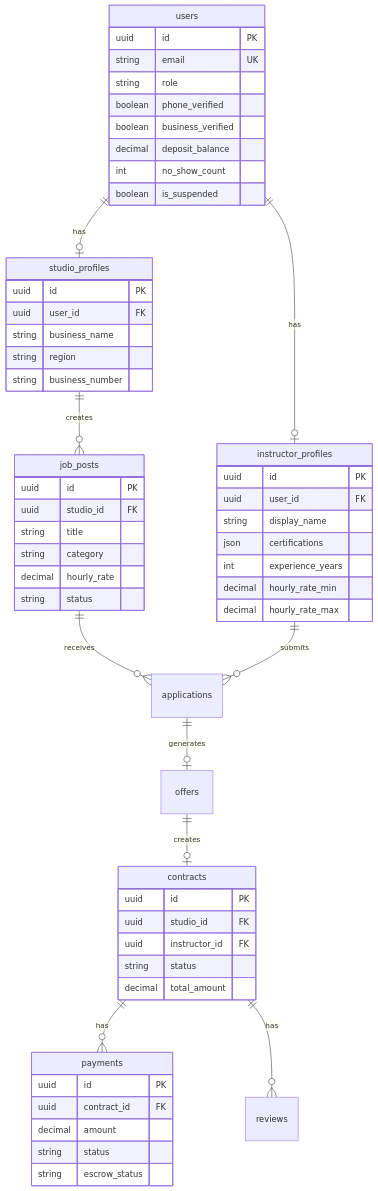
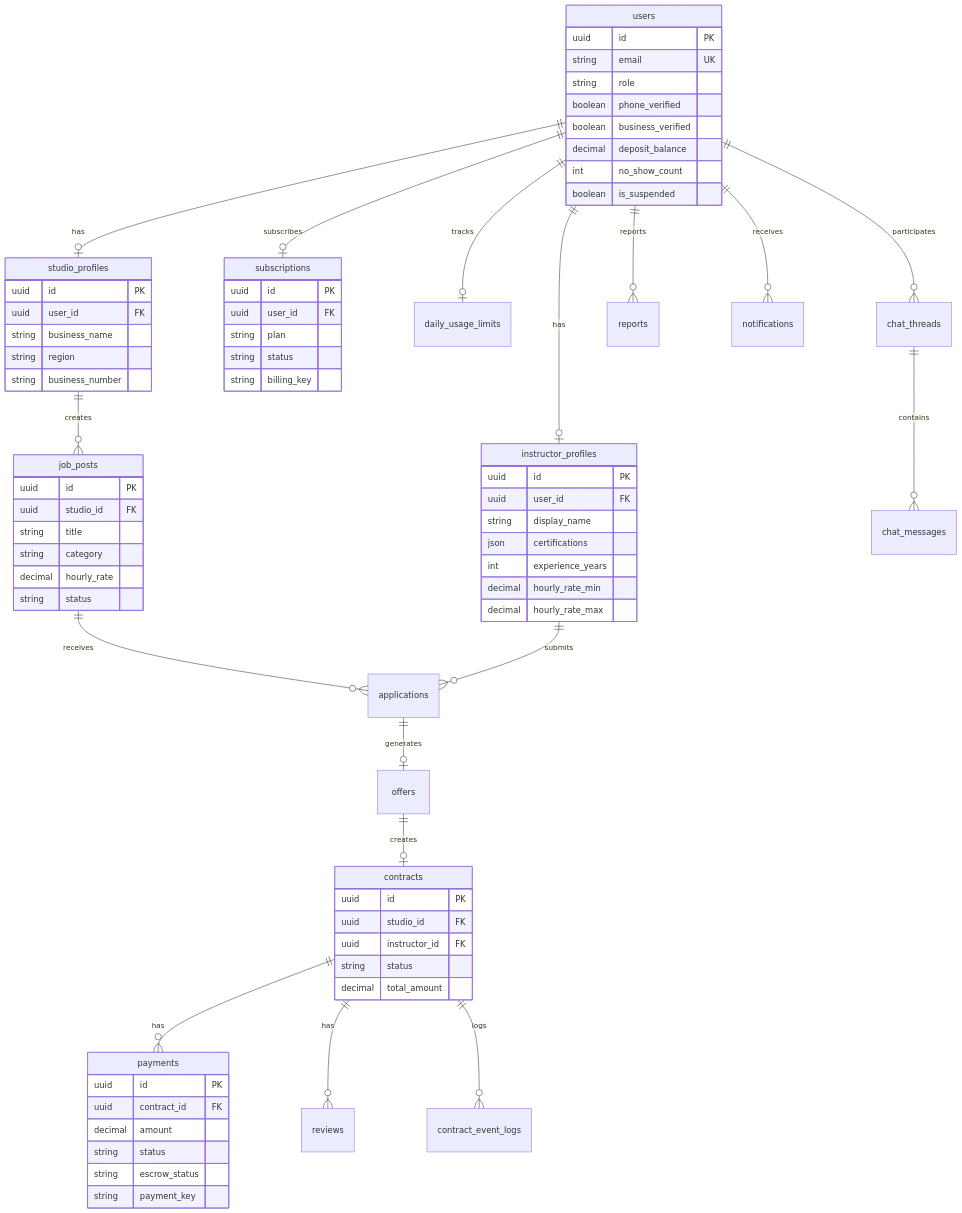
Before and after one commit to MaduJoe/PilaMatch: the seventh of 8 diagrams in README.md, drawn with Mermaid. The commit also changed other lines of this file and 38 other files, not shown here.

````diff
--- a/README.md
+++ b/README.md
@@ -1000,6 +1429,8 @@
 erDiagram
     users ||--o| instructor_profiles : has
     users ||--o| studio_profiles : has
+    users ||--o| subscriptions : subscribes
+    users ||--o| daily_usage_limits : tracks
 
     studio_profiles ||--o{ job_posts : creates
     job_posts ||--o{ applications : receives
@@ -1010,6 +1441,13 @@
 
     contracts ||--o{ payments : has
     contracts ||--o{ reviews : has
+    contracts ||--o{ contract_event_logs : logs
+
+    users ||--o{ chat_threads : participates
+    chat_threads ||--o{ chat_messages : contains
+
+    users ||--o{ reports : reports
+    users ||--o{ notifications : receives
 
     users {
         uuid id PK
@@ -1063,5 +1501,14 @@
         decimal amount
         string status
         string escrow_status
+        string payment_key
+    }
+
+    subscriptions {
+        uuid id PK
+        uuid user_id FK
+        string plan
+        string status
+        string billing_key
     }
 ```
````
